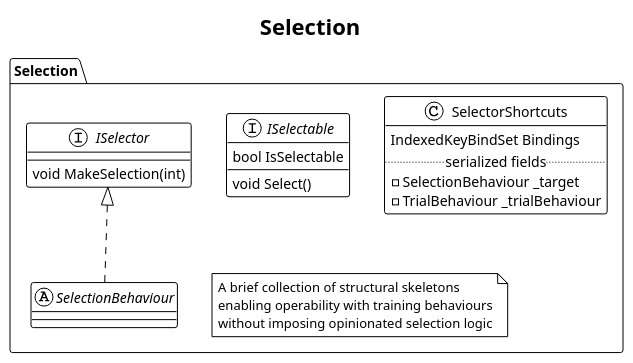
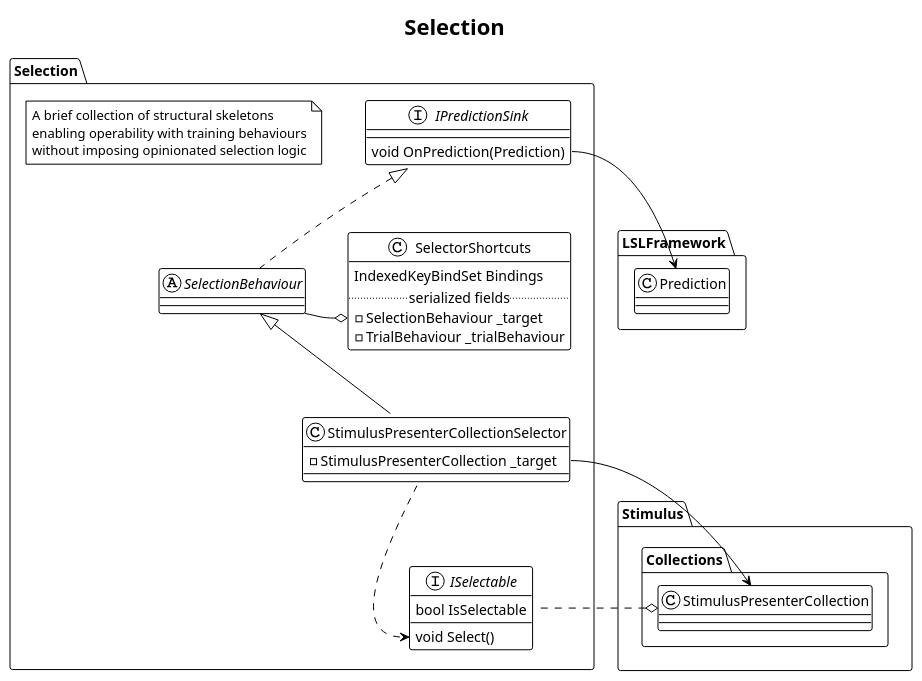
One commit to BCI-Games/bessy-docs changed the diagram in content/bessy-unity/selection/selection.plantuml. Above: the diagram before and after it, drawn with PlantUML. The commit also changed 2 other files, not shown here.

Commit message:
Updated unity selection page

```diff
--- a/content/bessy-unity/selection/selection.plantuml
+++ b/content/bessy-unity/selection/selection.plantuml
@@ -1,31 +1,40 @@
 @startuml selection
 !theme plain
 title Selection
 
 namespace Selection {
-    interface ISelector {
-        void MakeSelection(int)
+    interface IPredictionSink {
+        void OnPrediction(Prediction)
     }
+    IPredictionSink::OnPrediction --> .LSLFramework.Prediction
 
-    abstract SelectionBehaviour implements ISelector
+    abstract SelectionBehaviour implements IPredictionSink
 
     interface ISelectable {
         bool IsSelectable
         void Select()
     }
 
     class SelectorShortcuts {
         IndexedKeyBindSet Bindings
         ..serialized fields..
         - SelectionBehaviour _target
         - TrialBehaviour _trialBehaviour
     }
+    SelectionBehaviour -o SelectorShortcuts::_target
+
+    class StimulusPresenterCollectionSelector extends SelectionBehaviour {
+        - StimulusPresenterCollection _target
+    }
+    StimulusPresenterCollectionSelector::_target -> .Stimulus.Collections.StimulusPresenterCollection
+    StimulusPresenterCollectionSelector ..> ISelectable::Select
+    StimulusPresenterCollection o. ISelectable
 
     note as Note
         A brief collection of structural skeletons
         enabling operability with training behaviours
         without imposing opinionated selection logic
     end note
 }
 
 @enduml
```
